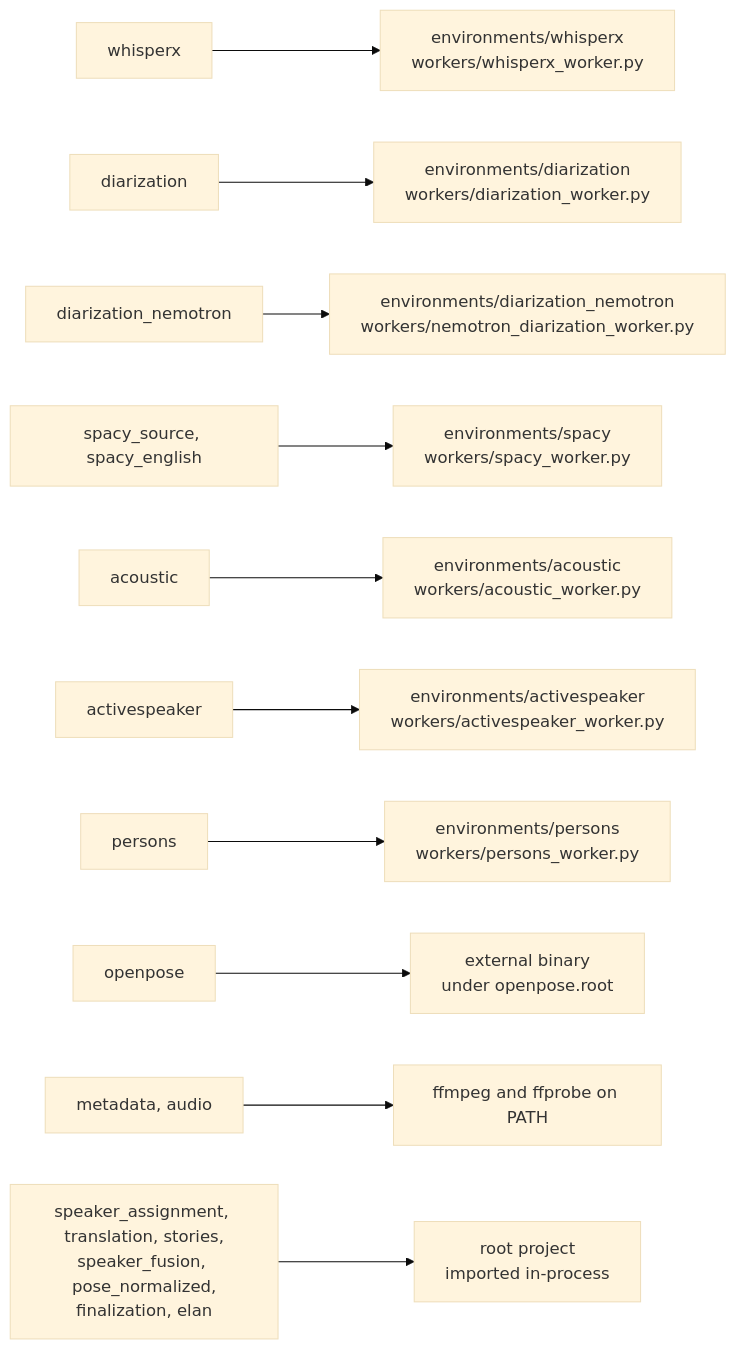
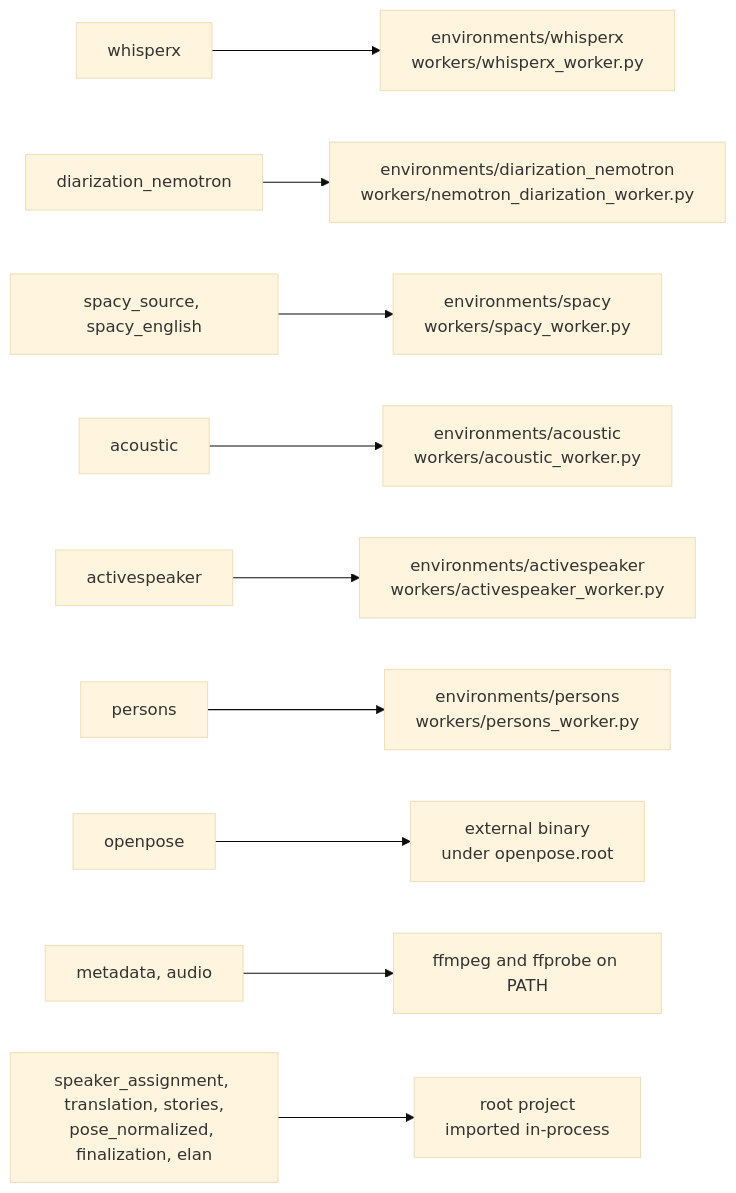
One commit to RaulKite/storytell-pipeline changed the fourth of 4 diagrams in docs/architecture.md. Above: the diagram before and after it, drawn with Mermaid (base theme). The commit also changed other lines of this file and 18 other files, not shown here.

````diff
--- a/docs/architecture.md
+++ b/docs/architecture.md
@@ -192,13 +188,12 @@
 ```mermaid
 flowchart LR
     wx["whisperx"] --> ewx["environments/whisperx<br/>workers/whisperx_worker.py"]
-    dia["diarization"] --> edia["environments/diarization<br/>workers/diarization_worker.py"]
     nem["diarization_nemotron"] --> enem["environments/diarization_nemotron<br/>workers/nemotron_diarization_worker.py"]
     sp["spacy_source, spacy_english"] --> esp["environments/spacy<br/>workers/spacy_worker.py"]
     ac["acoustic"] --> eac["environments/acoustic<br/>workers/acoustic_worker.py"]
     asd["activespeaker"] --> easd["environments/activespeaker<br/>workers/activespeaker_worker.py"]
     pers["persons"] --> epers["environments/persons<br/>workers/persons_worker.py"]
     op["openpose"] --> eop["external binary<br/>under openpose.root"]
     meta["metadata, audio"] --> eff["ffmpeg and ffprobe on PATH"]
-    pure["speaker_assignment, translation, stories,<br/>speaker_fusion, pose_normalized,<br/>finalization, elan"] --> eroot["root project<br/>imported in-process"]
+    pure["speaker_assignment, translation, stories,<br/>pose_normalized, finalization, elan"] --> eroot["root project<br/>imported in-process"]
 ```
````
